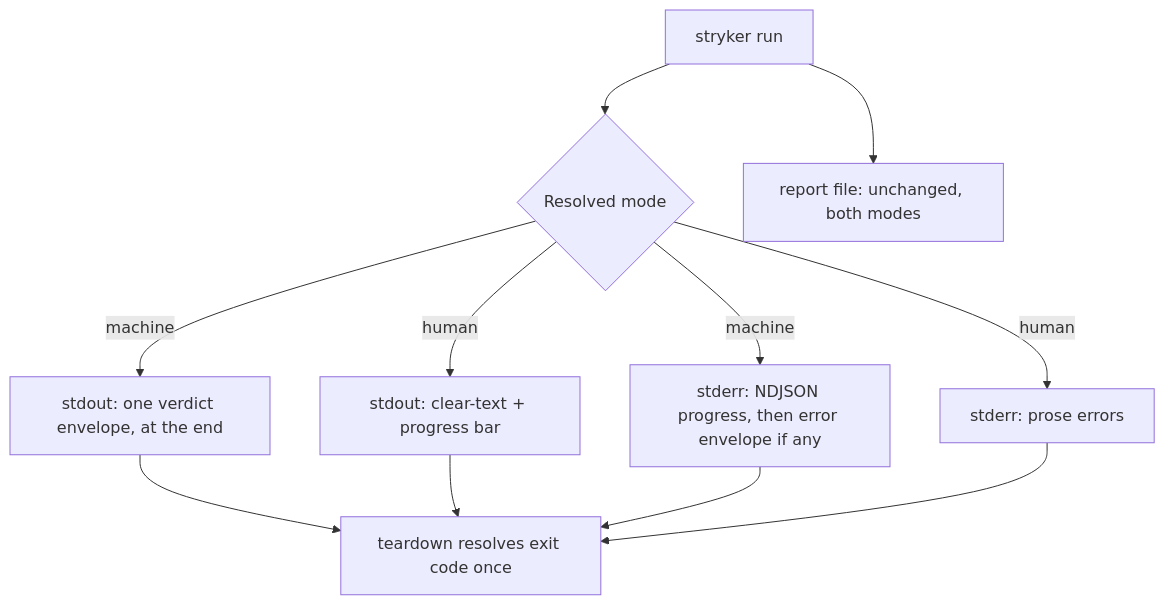
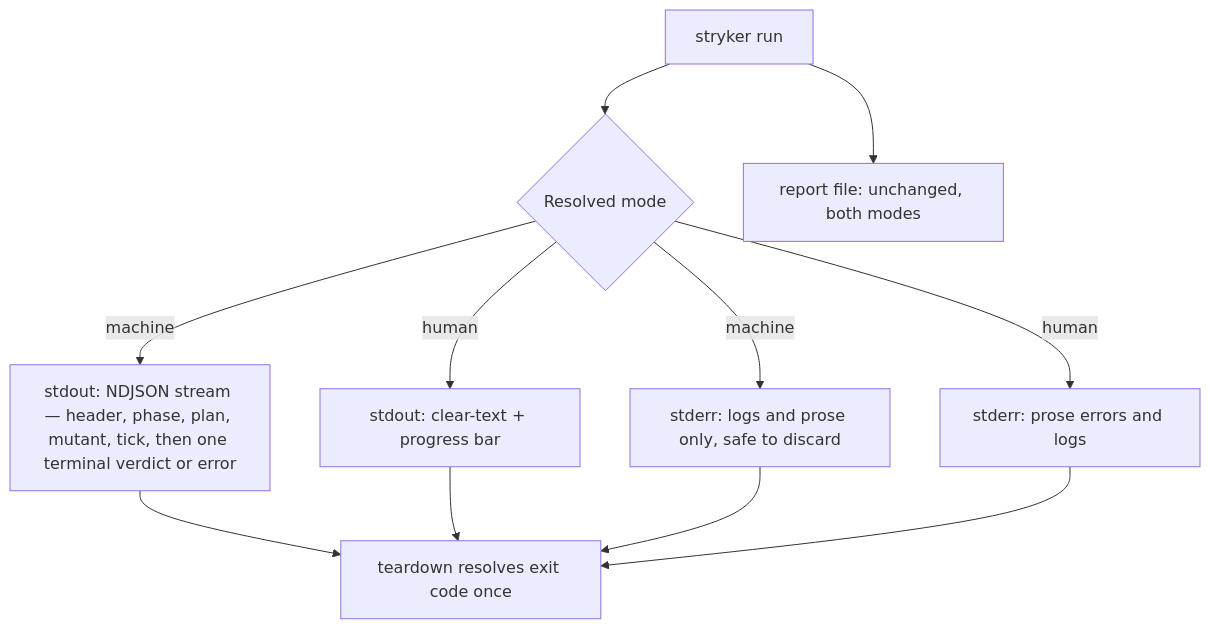
The second of 3 diagrams in docs/plans/2026-08-05-001-feat-agent-friendly-stryker-cli-plan.md (systemfsoftware/systemfsoftware), drawn with Mermaid before and after one commit. The commit also changed other lines of this file and 23 other files, not shown here.

````diff
--- a/docs/plans/2026-08-05-001-feat-agent-friendly-stryker-cli-plan.md
+++ b/docs/plans/2026-08-05-001-feat-agent-friendly-stryker-cli-plan.md
@@ -138,13 +154,13 @@
 ```mermaid
 flowchart TB
   Run[stryker run] --> Mode{Resolved mode}
   Mode -->|human| HStdout[stdout: clear-text + progress bar]
-  Mode -->|human| HErr[stderr: prose errors]
-  Mode -->|machine| MErr[stderr: NDJSON progress, then error envelope if any]
-  Mode -->|machine| MStdout[stdout: one verdict envelope, at the end]
+  Mode -->|human| HErr[stderr: prose errors and logs]
+  Mode -->|machine| MStdout[stdout: NDJSON stream — header, phase, plan, mutant, tick, then one terminal verdict or error]
+  Mode -->|machine| MErr[stderr: logs and prose only, safe to discard]
   Run --> File[report file: unchanged, both modes]
   MStdout --> Teardown[teardown resolves exit code once]
   HStdout --> Teardown
   MErr --> Teardown
   HErr --> Teardown
 ```
````
